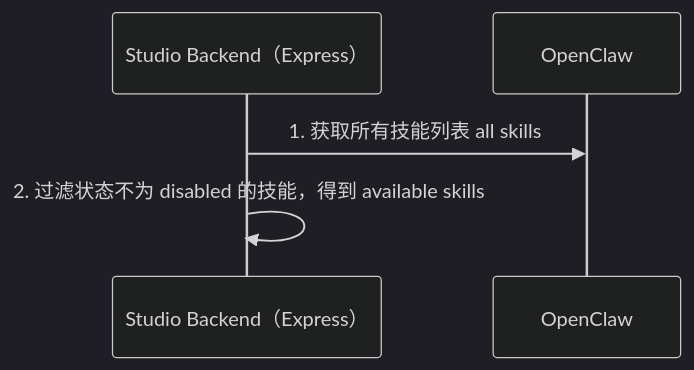
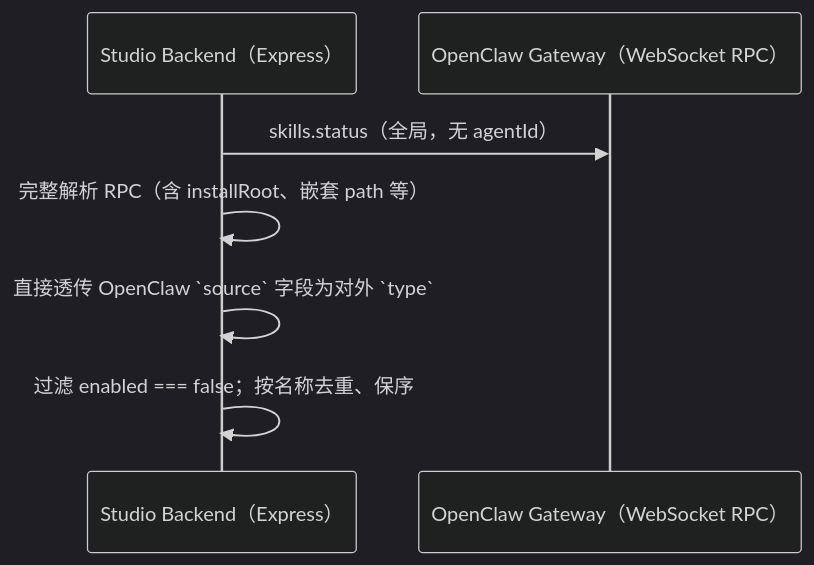
Before and after one commit to Port127/dip-studio: the first of 2 diagrams in studio/docs/design/implementation/list-skills.md, drawn with Mermaid (dark theme). The commit also changed other lines of this file and 24 other files, not shown here.

````diff
--- a/studio/docs/design/implementation/list-skills.md
+++ b/studio/docs/design/implementation/list-skills.md
@@ -8,9 +9,10 @@
 ```mermaid
 sequenceDiagram
+participant BE as Studio Backend（Express）
+participant OC as OpenClaw Gateway（WebSocket RPC）
 
-participant BE as Studio Backend（Express）
-participant OC as OpenClaw
-
-BE ->> OC: 1. 获取所有技能列表 all skills
-BE ->> BE: 2. 过滤状态不为 disabled 的技能，得到 available skills
+BE ->> OC: skills.status（全局，无 agentId）
+BE ->> BE: 完整解析 RPC（含 installRoot、嵌套 path 等）
+BE ->> BE: 直接透传 OpenClaw `source` 字段为对外 `type`
+BE ->> BE: 过滤 enabled === false；按名称去重、保序
 ```
````
